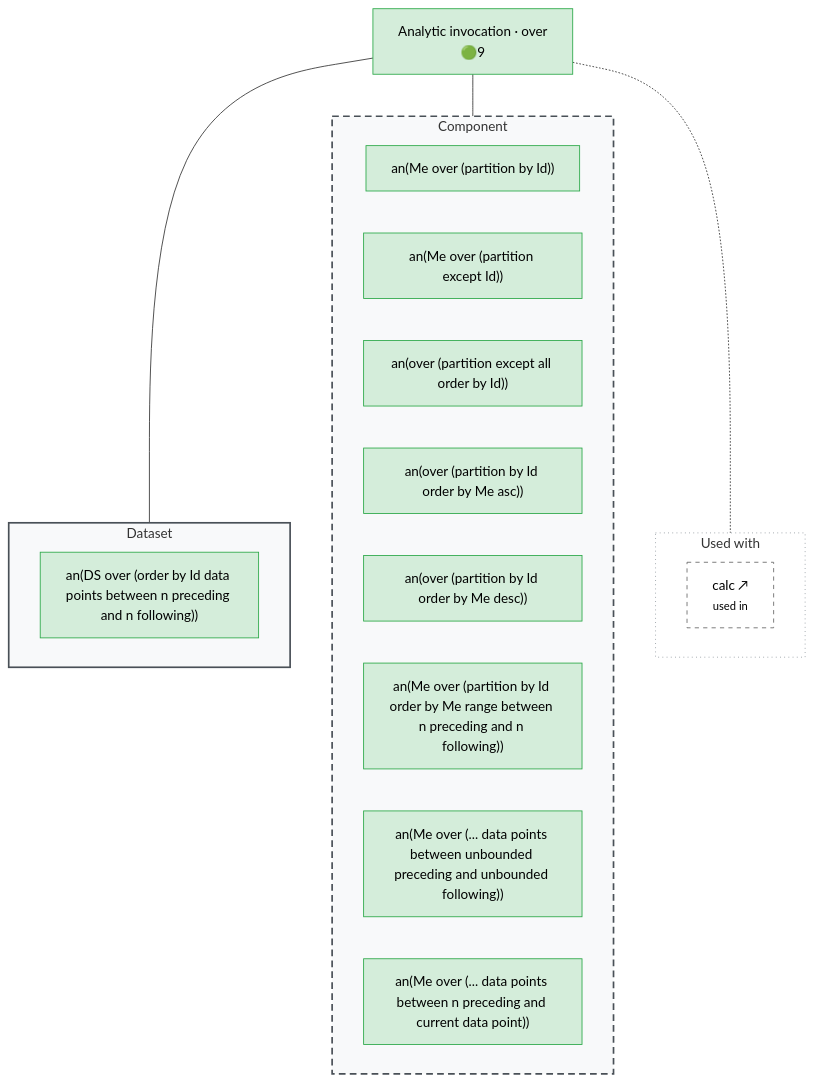
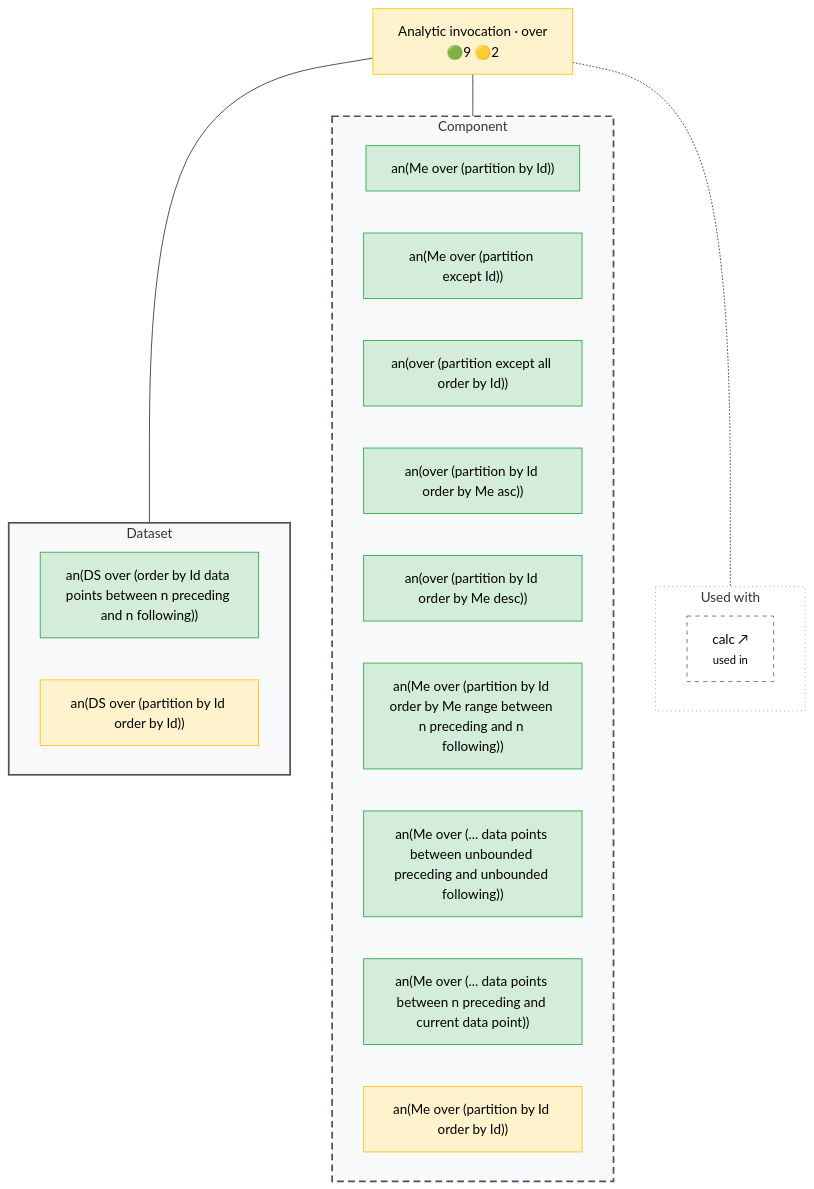
The diagram in docs/operator_map/aggregate/analytic_invocation.rst (Meaningful-Data/vtlengine), drawn with Mermaid before and after one commit. The commit also changed other lines of this file and 120 other files, not shown here.

First line of the commit message:
Add map examples of the default window with an order clause (#1249)

```diff
--- a/docs/operator_map/aggregate/analytic_invocation.rst
+++ b/docs/operator_map/aggregate/analytic_invocation.rst
@@ -28,47 +28,51 @@
 .. mermaid::
    :config: {"flowchart": {"useMaxWidth": false}}
 
    flowchart TB
        classDef ok fill:#d4edda,stroke:#28a745,color:#000
        classDef partial fill:#fff3cd,stroke:#ffc107,color:#000
        classDef refused fill:#d4edda,stroke:#28a745,stroke-width:3px,stroke-dasharray: 2 2,color:#000
        classDef missing fill:#f8d7da,stroke:#dc3545,color:#000
        classDef diverge fill:#cce5ff,stroke:#007bff,color:#000
        classDef block fill:#2b3a4a,stroke:#2b3a4a,color:#fff,font-weight:bold
        classDef ext fill:#fff,stroke:#666,color:#000,stroke-dasharray: 5 5
-       O["Analytic invocation · over<br/>🟢9"]:::ok
+       O["Analytic invocation · over<br/>🟢9 🟡2"]:::partial
        subgraph G_ds["Dataset"]
            direction LR
            v_window_data_points["an(DS over (order by Id data points between n preceding and n following))"]:::ok
+           v_window_default_ds["an(DS over (partition by Id order by Id))"]:::partial
        end
        subgraph G_comp["Component"]
            direction LR
            v_partition_by["an(Me over (partition by Id))"]:::ok
            v_partition_except["an(Me over (partition except Id))"]:::ok
            v_partition_except_all["an(over (partition except all order by Id))"]:::ok
            v_order_asc["an(over (partition by Id order by Me asc))"]:::ok
            v_order_desc["an(over (partition by Id order by Me desc))"]:::ok
            v_window_range["an(Me over (partition by Id order by Me range between n preceding and n following))"]:::ok
            v_window_unbounded["an(Me over (... data points between unbounded preceding and unbounded following))"]:::ok
            v_window_current["an(Me over (... data points between n preceding and current data point))"]:::ok
+           v_window_default["an(Me over (partition by Id order by Id))"]:::partial
        end
        subgraph G_use["Used with"]
            direction LR
            used__clause__calc["calc ↗<br/><small>used in</small>"]:::ext
        end
        O --- G_ds
        O --- G_comp
        O -.- G_use
        style G_ds fill:#f8f9fa,stroke:#495057,stroke-width:2px
        style G_comp fill:#f8f9fa,stroke:#495057,stroke-width:2px,stroke-dasharray: 8 5
        style G_use fill:#ffffff,stroke:#868e96,stroke-width:1px,stroke-dasharray: 1 4
        click v_partition_by href "#form-partition-by"
        click v_partition_except href "#form-partition-except"
        click v_partition_except_all href "#form-partition-except-all"
        click v_order_asc href "#form-order-asc"
        click v_order_desc href "#form-order-desc"
        click v_window_data_points href "#form-window-data-points"
        click v_window_range href "#form-window-range"
        click v_window_unbounded href "#form-window-unbounded"
        click v_window_current href "#form-window-current"
+       click v_window_default href "#form-window-default"
+       click v_window_default_ds href "#form-window-default-ds"
        click used__clause__calc href "../clause/calc.html" "Calculation of a Component · calc"
```
